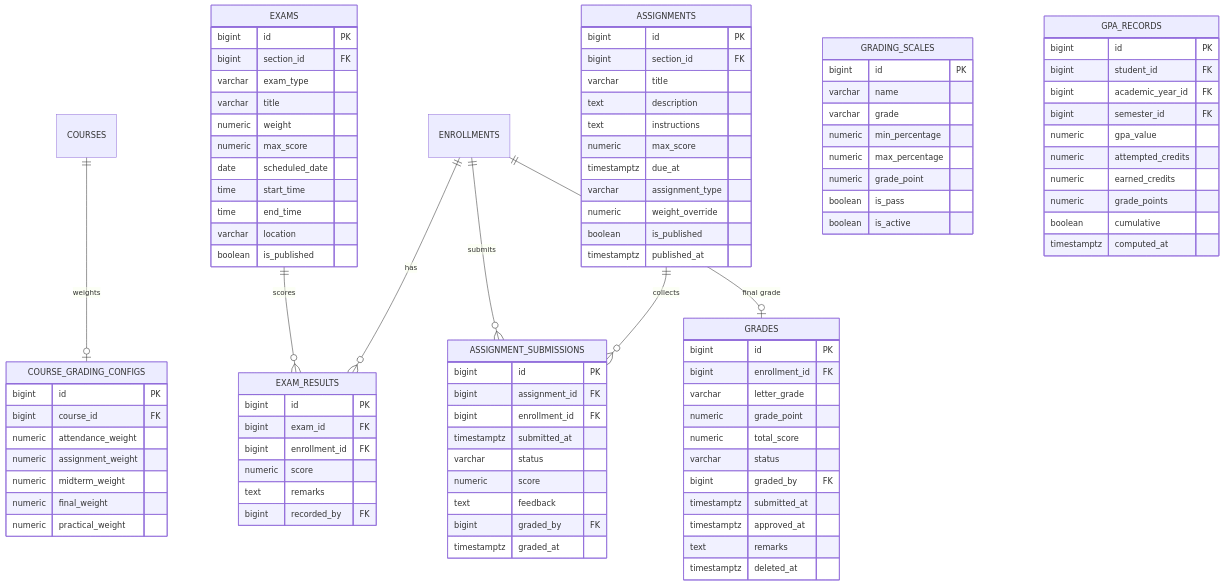
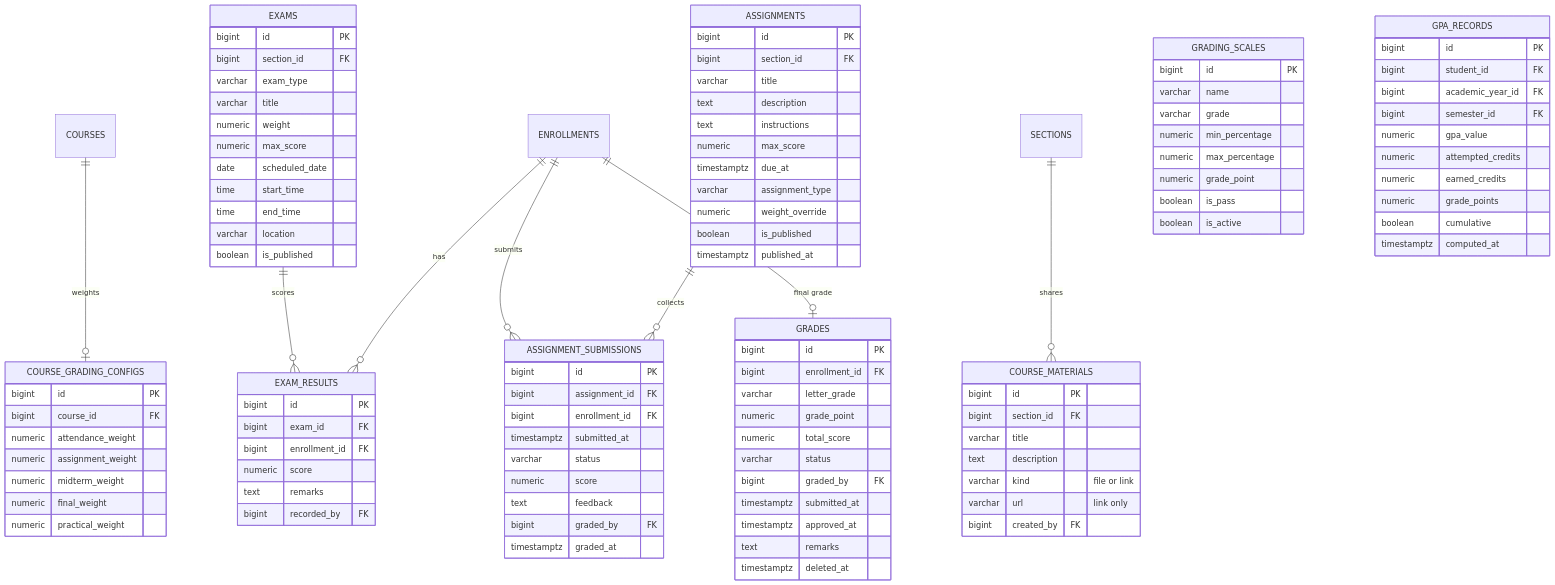
The diagram in docs/database/erd/examination-grading.md (RITH-1437/educore), drawn with Mermaid before and after one commit. The commit also changed 39 other files, not shown here.

First line of the commit message:
[Feature]: let lecturers share course materials with their sections.

```diff
--- a/docs/database/erd/examination-grading.md
+++ b/docs/database/erd/examination-grading.md
@@ -11,7 +11,17 @@
     ENROLLMENTS ||--o{ ASSIGNMENT_SUBMISSIONS : "submits"
     ASSIGNMENTS ||--o{ ASSIGNMENT_SUBMISSIONS : "collects"
     ENROLLMENTS ||--o| GRADES : "final grade"
+    SECTIONS ||--o{ COURSE_MATERIALS : "shares"
 
+    COURSE_MATERIALS {
+        bigint id PK
+        bigint section_id FK
+        varchar title
+        text description
+        varchar kind "file or link"
+        varchar url "link only"
+        bigint created_by FK
+    }
     ASSIGNMENTS {
         bigint id PK
         bigint section_id FK
```
